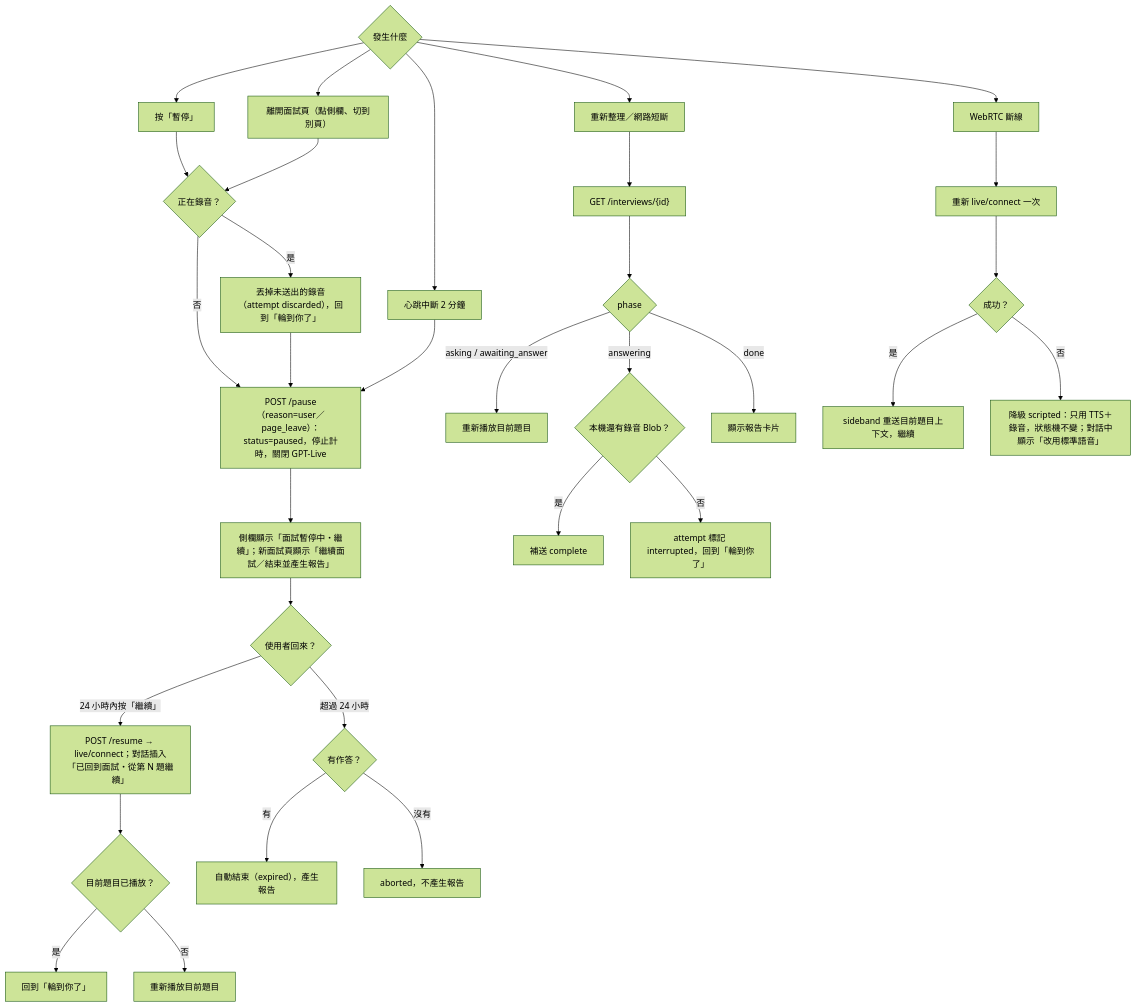
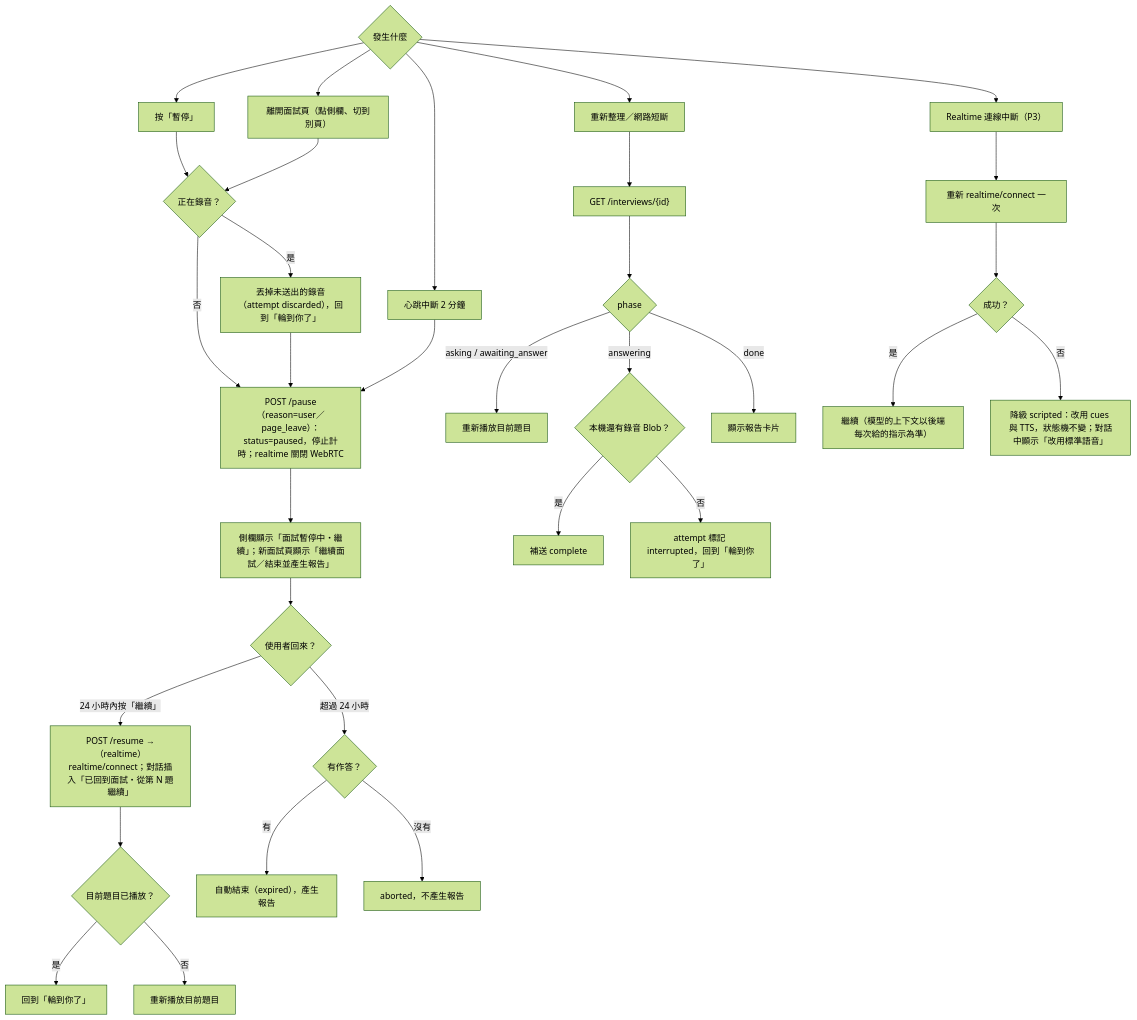
Before and after one commit to WilliamTsai1227/AI_Interview: diagram 21 of 30 in spec/flows.md, drawn with Mermaid (forest theme). The commit also changed other lines of this file and 4 other files, not shown here.

First line of the commit message:
Switch voice to chained + Realtime, add target jobs page, rework prep page

````diff
--- a/spec/flows.md
+++ b/spec/flows.md
@@ -616,37 +635,37 @@
 ```mermaid
 flowchart TD
     A{"發生什麼"} --> B["按「暫停」"]
     A --> C["離開面試頁（點側欄、切到別頁）"]
     A --> D["重新整理／網路短斷"]
     A --> E["心跳中斷 2 分鐘"]
-    A --> F["WebRTC 斷線"]
+    A --> F["Realtime 連線中斷（P3）"]
 
     B & C --> P1{"正在錄音？"}
     P1 -- 是 --> P2["丟掉未送出的錄音（attempt discarded），回到「輪到你了」"]
     P1 -- 否 --> P3
-    P2 --> P3["POST /pause（reason=user／page_leave）：status=paused，停止計時，關閉 GPT-Live"]
+    P2 --> P3["POST /pause（reason=user／page_leave）：status=paused，停止計時；realtime 關閉 WebRTC"]
     E --> P3
     P3 --> P4["側欄顯示「面試暫停中・繼續」；新面試頁顯示「繼續面試／結束並產生報告」"]
 
     D --> D1["GET /interviews/{id}"]
     D1 --> D2{"phase"}
     D2 -->|"asking / awaiting_answer"| D3["重新播放目前題目"]
     D2 -->|"answering"| D4{"本機還有錄音 Blob？"}
     D4 -- 是 --> D5["補送 complete"]
     D4 -- 否 --> D6["attempt 標記 interrupted，回到「輪到你了」"]
     D2 -->|"done"| D7["顯示報告卡片"]
 
-    F --> F1["重新 live/connect 一次"]
+    F --> F1["重新 realtime/connect 一次"]
     F1 --> F2{"成功？"}
-    F2 -- 是 --> F3["sideband 重送目前題目上下文，繼續"]
-    F2 -- 否 --> F4["降級 scripted：只用 TTS＋錄音，狀態機不變；對話中顯示「改用標準語音」"]
+    F2 -- 是 --> F3["繼續（模型的上下文以後端每次給的指示為準）"]
+    F2 -- 否 --> F4["降級 scripted：改用 cues 與 TTS，狀態機不變；對話中顯示「改用標準語音」"]
 
     P4 --> R{"使用者回來？"}
-    R -->|"24 小時內按「繼續」"| R1["POST /resume → live/connect；對話插入「已回到面試・從第 N 題繼續」"]
+    R -->|"24 小時內按「繼續」"| R1["POST /resume →（realtime）realtime/connect；對話插入「已回到面試・從第 N 題繼續」"]
     R1 --> R2{"目前題目已播放？"}
     R2 -- 是 --> R3["回到「輪到你了」"]
     R2 -- 否 --> R4["重新播放目前題目"]
     R -->|"超過 24 小時"| X{"有作答？"}
     X -- 有 --> X1["自動結束（expired），產生報告"]
     X -- 沒有 --> X2["aborted，不產生報告"]
 ```
````
